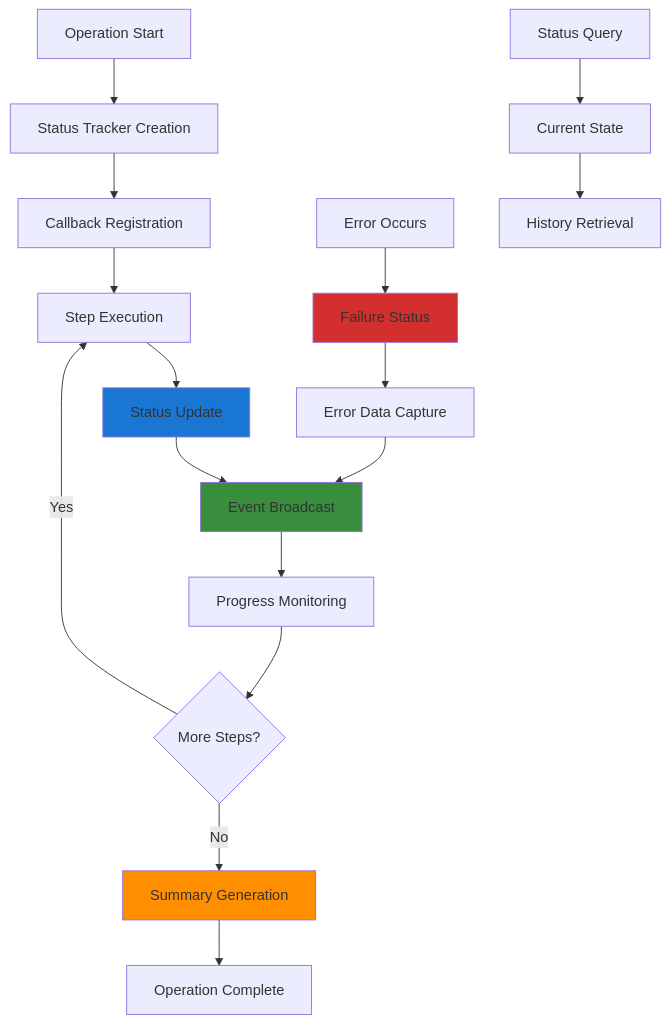
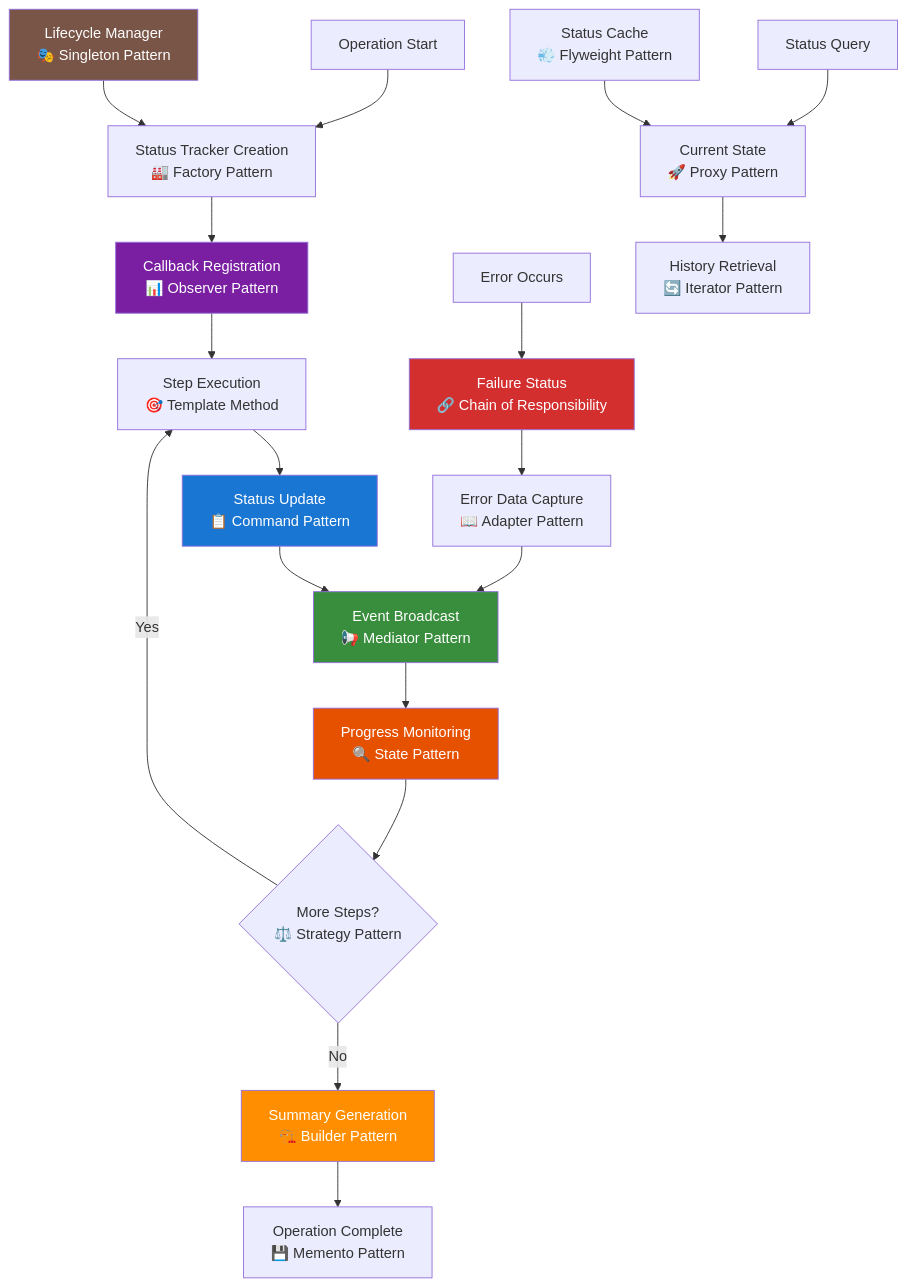
The diagram in docs/services/status.md (rlynjb/adventurecue), drawn with Mermaid before and after one commit. The commit also changed other lines of this file and 3 other files, not shown here.

````diff
--- a/docs/services/status.md
+++ b/docs/services/status.md
@@ -54,25 +55,31 @@
 ```mermaid
 graph TD
-    A[Operation Start] --> B[Status Tracker Creation]
-    B --> C[Callback Registration]
-    C --> D[Step Execution]
-    D --> E[Status Update]
-    E --> F[Event Broadcast]
-    F --> G[Progress Monitoring]
-    G --> H{More Steps?}
+    A[Operation Start] --> B[Status Tracker Creation<br/>🏭 Factory Pattern]
+    B --> C[Callback Registration<br/>📊 Observer Pattern]
+    C --> D[Step Execution<br/>🎯 Template Method]
+    D --> E[Status Update<br/>📋 Command Pattern]
+    E --> F[Event Broadcast<br/>📢 Mediator Pattern]
+    F --> G[Progress Monitoring<br/>🔍 State Pattern]
+    G --> H{More Steps?<br/>⚖️ Strategy Pattern}
     H -->|Yes| D
-    H -->|No| I[Summary Generation]
-    I --> J[Operation Complete]
+    H -->|No| I[Summary Generation<br/>🏗️ Builder Pattern]
+    I --> J[Operation Complete<br/>💾 Memento Pattern]
 
-    K[Error Occurs] --> L[Failure Status]
-    L --> M[Error Data Capture]
+    K[Error Occurs] --> L[Failure Status<br/>🔗 Chain of Responsibility]
+    L --> M[Error Data Capture<br/>📖 Adapter Pattern]
     M --> F
 
-    N[Status Query] --> O[Current State]
-    O --> P[History Retrieval]
+    N[Status Query] --> O[Current State<br/>🚀 Proxy Pattern]
+    O --> P[History Retrieval<br/>🔄 Iterator Pattern]
 
-    style E fill:#1976d2
-    style F fill:#388e3c
-    style L fill:#d32f2f
-    style I fill:#ff8f00
+    Q[Status Cache<br/>💨 Flyweight Pattern] --> O
+    R[Lifecycle Manager<br/>🎭 Singleton Pattern] --> B
+
+    style E fill:#1976d2,color:#fff
+    style F fill:#388e3c,color:#fff
+    style L fill:#d32f2f,color:#fff
+    style I fill:#ff8f00,color:#fff
+    style C fill:#7b1fa2,color:#fff
+    style G fill:#e65100,color:#fff
+    style R fill:#795548,color:#fff
 ```
````
